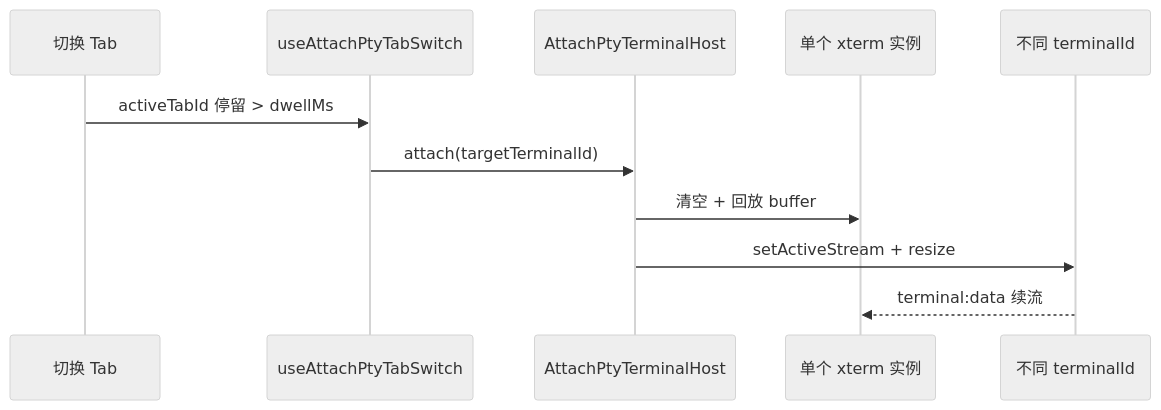
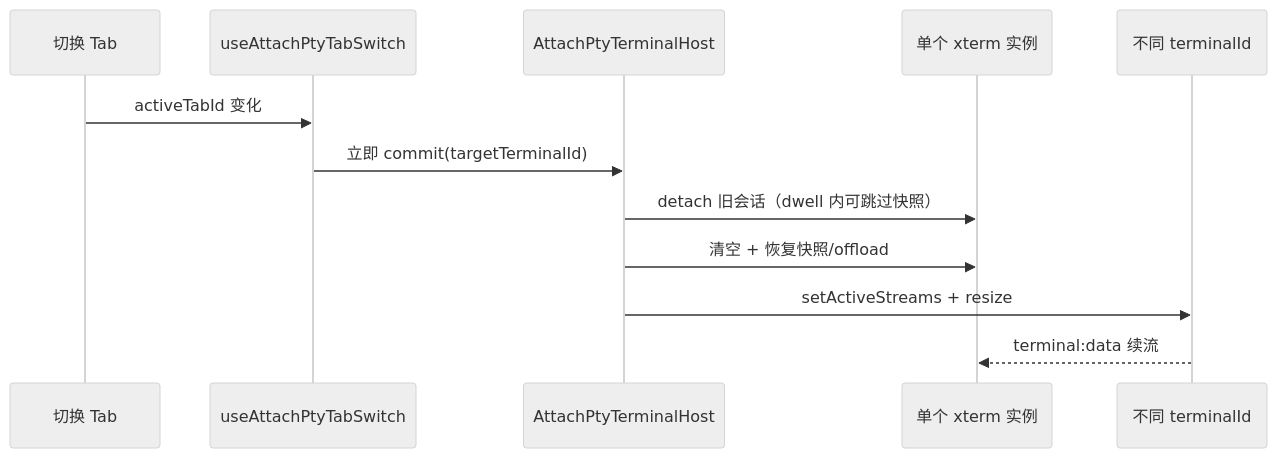
Before and after one commit to Landers1037/NioZy: the second of 3 diagrams in docs/功能实验特性.md, drawn with Mermaid (neutral theme). The commit also changed other lines of this file and 8 other files, not shown here.

First line of the commit message:
perf(terminal): reduce CPU under high-volume PTY output

````diff
--- a/docs/功能实验特性.md
+++ b/docs/功能实验特性.md
@@ -39,14 +41,15 @@
 ```mermaid
 sequenceDiagram
   participant User as 切换 Tab
   participant Hook as useAttachPtyTabSwitch
   participant Host as AttachPtyTerminalHost
   participant X as 单个 xterm 实例
   participant PTY as 不同 terminalId
 
-  User->>Hook: activeTabId 停留 > dwellMs
-  Hook->>Host: attach(targetTerminalId)
-  Host->>X: 清空 + 回放 buffer
-  Host->>PTY: setActiveStream + resize
+  User->>Hook: activeTabId 变化
+  Hook->>Host: 立即 commit(targetTerminalId)
+  Host->>X: detach 旧会话（dwell 内可跳过快照）
+  Host->>X: 清空 + 恢复快照/offload
+  Host->>PTY: setActiveStreams + resize
   PTY-->>X: terminal:data 续流
 ```
````
